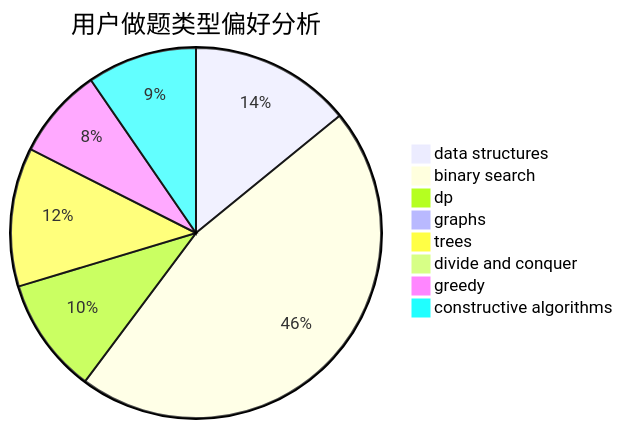
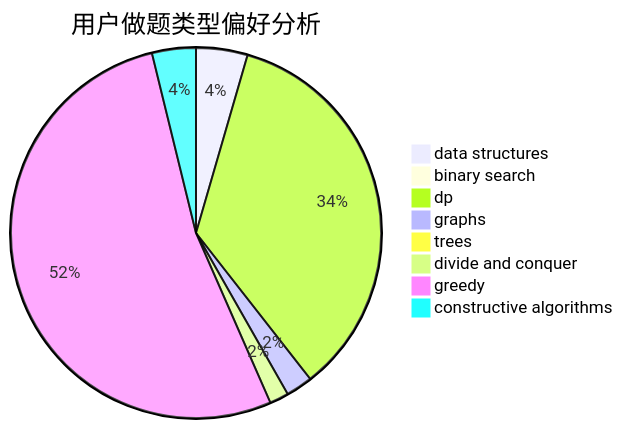
Before and after one commit to sherpahu/cfrs.github.io: the second of 3 diagrams in docs/user/u792.md, drawn with Mermaid. The commit also changed other lines of this file and 2770 other files, not shown here.

````diff
--- a/docs/user/u792.md
+++ b/docs/user/u792.md
@@ -23,11 +23,11 @@
 ```mermaid
 pie title 用户做题类型偏好分析
-    "data structures" :  78
-    "binary search" :  255
-    "dp" :  56
-    "graphs" :  5
-    "trees" :  67
-    "divide and conquer" :  0
-    "greedy" :  44
-    "constructive algorithms" :  53
+    "data structures" :  27
+    "binary search" :  4
+    "dp" :  210
+    "graphs" :  14
+    "trees" :  6
+    "divide and conquer" :  10
+    "greedy" :  317
+    "constructive algorithms" :  23
 ```
````
